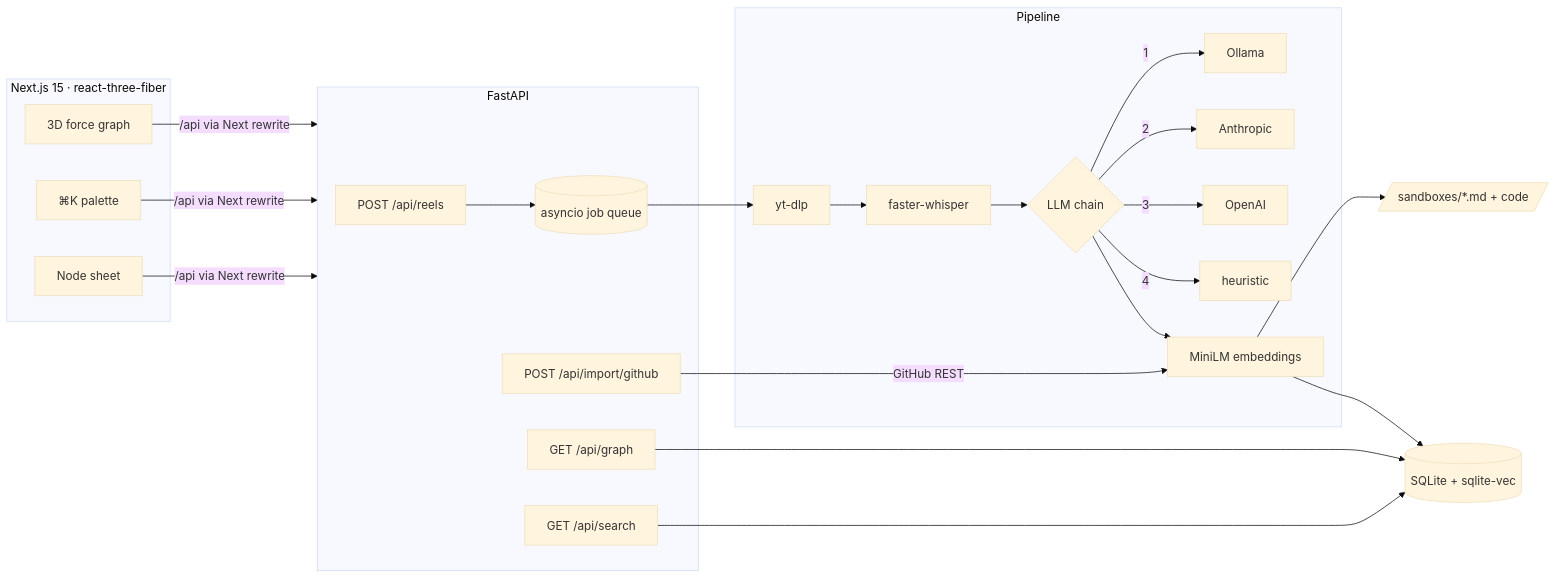
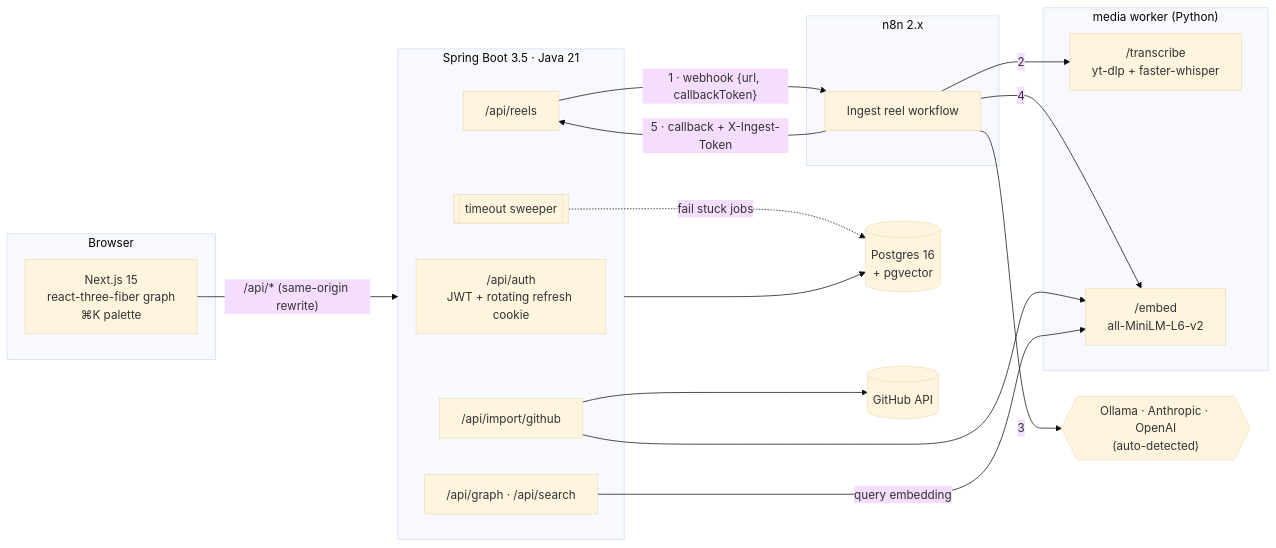
One commit to NikhilHolagunda/signallab changed the first of 2 diagrams in README.md. Above: the diagram before and after it, drawn with Mermaid (base theme). The commit also changed other lines of this file and 9 other files, not shown here.

First line of the commit message:
docs,ci: README for the Spring/n8n architecture; CI for all three parts

````diff
--- a/README.md
+++ b/README.md
@@ -31,36 +43,39 @@
 ```mermaid
 flowchart LR
-    subgraph UI["Next.js 15 · react-three-fiber"]
-        G[3D force graph]
-        P[⌘K palette]
-        S[Node sheet]
+    subgraph Browser
+        UI["Next.js 15<br/>react-three-fiber graph<br/>⌘K palette"]
     end
 
-    subgraph API["FastAPI"]
-        R["POST /api/reels"]
-        Q[(asyncio job queue)]
-        GR["GET /api/graph"]
-        SE["GET /api/search"]
-        GH["POST /api/import/github"]
+    subgraph API["Spring Boot 3.5 · Java 21"]
+        AUTH["/api/auth<br/>JWT + rotating refresh cookie"]
+        REELS["/api/reels"]
+        GRAPH["/api/graph · /api/search"]
+        GH["/api/import/github"]
+        SWEEP[["timeout sweeper"]]
     end
 
-    subgraph Pipeline
-        D[yt-dlp] --> W[faster-whisper]
-        W --> L{LLM chain}
-        L -->|1| O[Ollama]
-        L -->|2| A[Anthropic]
-        L -->|3| OA[OpenAI]
-        L -->|4| H[heuristic]
-        L --> E[MiniLM embeddings]
+    subgraph N8N["n8n 2.x"]
+        WF["Ingest reel workflow"]
     end
 
-    DB[(SQLite + sqlite-vec)]
-    FS[/sandboxes/*.md + code/]
+    subgraph Worker["media worker (Python)"]
+        TR["/transcribe<br/>yt-dlp + faster-whisper"]
+        EMB["/embed<br/>all-MiniLM-L6-v2"]
+    end
 
-    G & P & S -->|/api via Next rewrite| API
-    R --> Q --> D
-    E --> DB
-    E --> FS
-    GH -->|GitHub REST| E
-    GR & SE --> DB
+    LLM{{"Ollama · Anthropic · OpenAI<br/>(auto-detected)"}}
+    PG[("Postgres 16<br/>+ pgvector")]
+    GHAPI[(GitHub API)]
+
+    UI -- "/api/* (same-origin rewrite)" --> API
+    REELS -- "1 · webhook {url, callbackToken}" --> WF
+    WF -- "2" --> TR
+    WF -- "3" --> LLM
+    WF -- "4" --> EMB
+    WF -- "5 · callback + X-Ingest-Token" --> REELS
+    API --> PG
+    GH --> GHAPI
+    GH --> EMB
+    GRAPH -- "query embedding" --> EMB
+    SWEEP -. "fail stuck jobs" .-> PG
 ```
````
